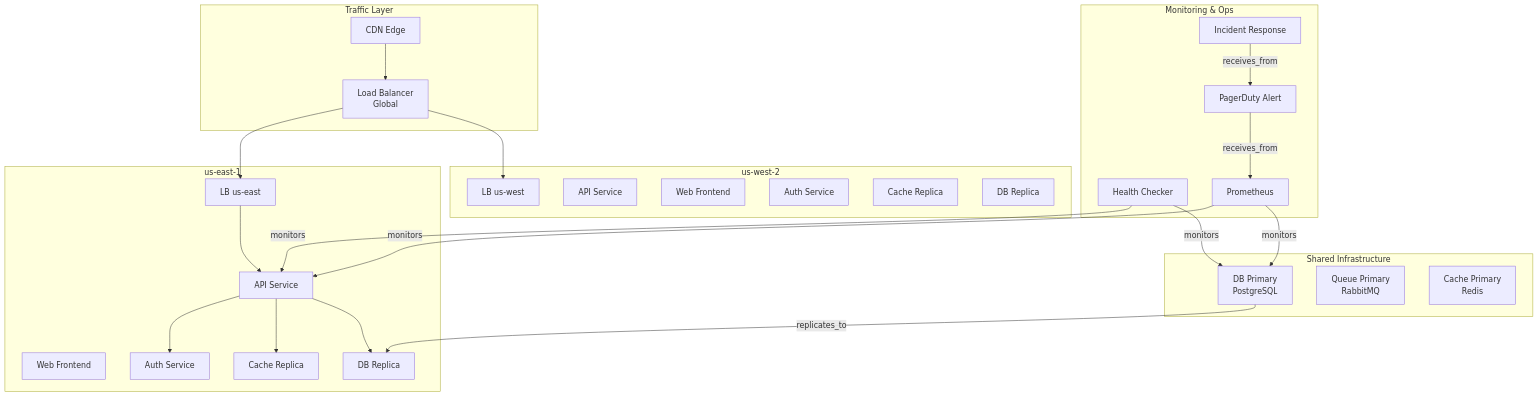
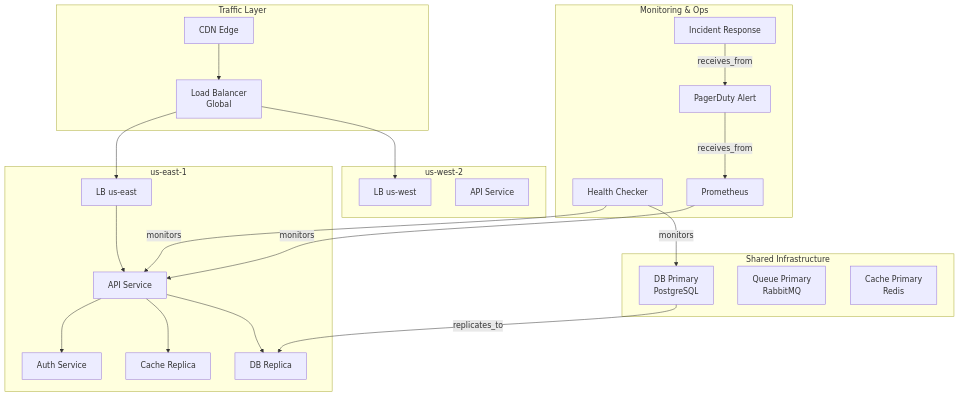
The first of 2 diagrams in examples/showcase/reasoning/multiway_reasoning/README.md (antquinonez/Hyper3), drawn with Mermaid before and after one commit. The commit also changed other lines of this file and 1 other file, not shown here.

````diff
--- a/examples/showcase/reasoning/multiway_reasoning/README.md
+++ b/examples/showcase/reasoning/multiway_reasoning/README.md
@@ -87,53 +101,47 @@
 ```mermaid
 graph TB
     subgraph "Traffic Layer"
         CDN["CDN Edge"]
         LB_G["Load Balancer<br/>Global"]
     end
 
     subgraph "us-east-1"
         LB_E["LB us-east"]
         API_E["API Service"]
-        WEB_E["Web Frontend"]
         AUTH_E["Auth Service"]
         CACHE_E["Cache Replica"]
         DB_RE["DB Replica"]
     end
 
     subgraph "us-west-2"
         LB_W["LB us-west"]
         API_W["API Service"]
-        WEB_W["Web Frontend"]
-        AUTH_W["Auth Service"]
-        CACHE_W["Cache Replica"]
-        DB_RW["DB Replica"]
     end
 
     subgraph "Shared Infrastructure"
         DB["DB Primary<br/>PostgreSQL"]
         Q["Queue Primary<br/>RabbitMQ"]
         CACHE["Cache Primary<br/>Redis"]
     end
 
     subgraph "Monitoring & Ops"
         HC["Health Checker"]
         PROM["Prometheus"]
         PD["PagerDuty Alert"]
         IR["Incident Response"]
     end
 
     CDN --> LB_G
     LB_G --> LB_E
     LB_G --> LB_W
     LB_E --> API_E
     API_E --> AUTH_E
     API_E --> CACHE_E
     API_E --> DB_RE
     DB -->|"replicates_to"| DB_RE
     HC -->|"monitors"| API_E
     HC -->|"monitors"| DB
     PROM -->|"monitors"| API_E
-    PROM -->|"monitors"| DB
     PD -->|"receives_from"| PROM
     IR -->|"receives_from"| PD
 ```
````
